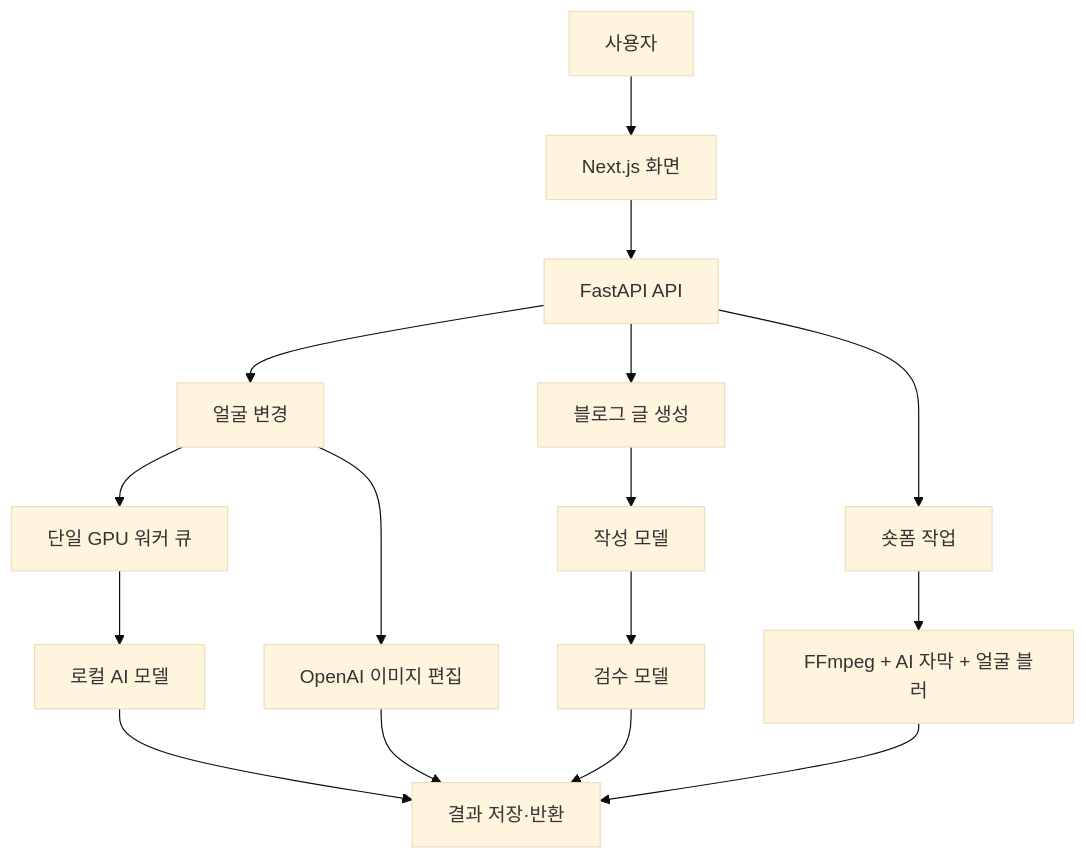
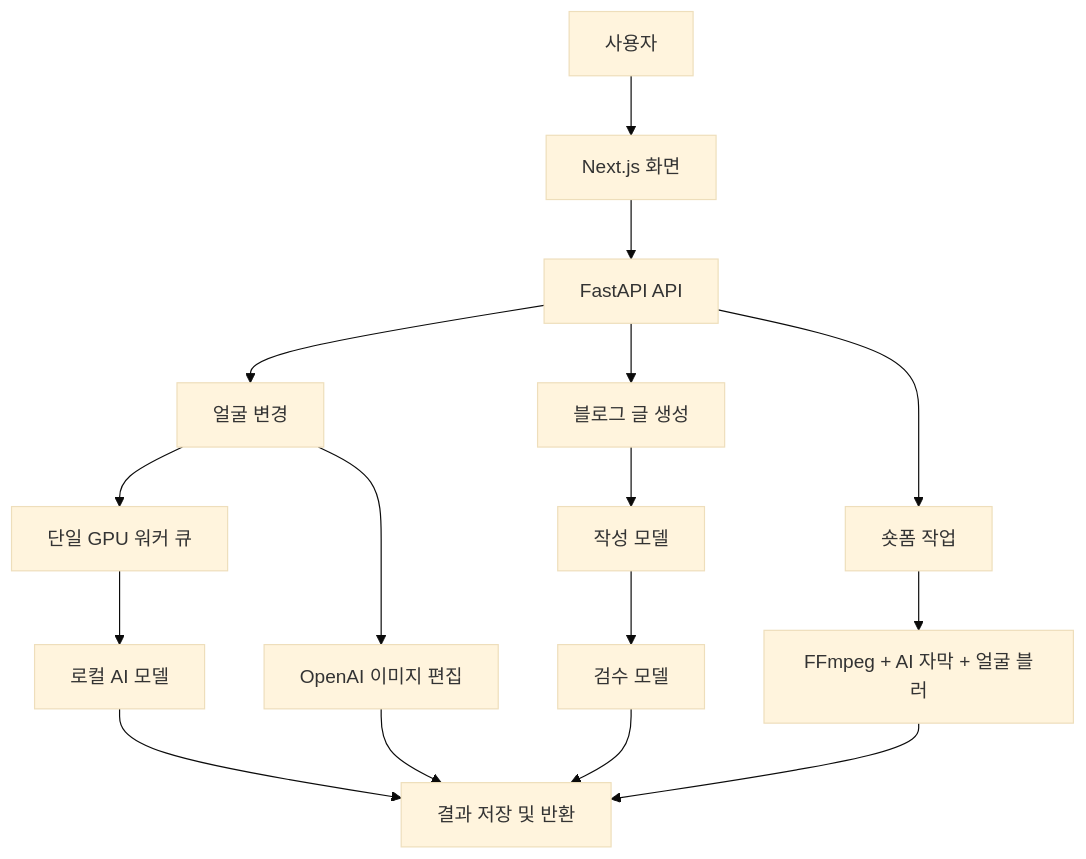
One commit to qja0707/SalonCutAI changed the diagram in README.md. Above: the diagram before and after it, drawn with Mermaid (base theme). The commit also changed other lines of this file and 3 other files, not shown here.

````diff
--- a/README.md
+++ b/README.md
@@ -64,22 +64,22 @@
 ```mermaid
 flowchart TD
     U[사용자] --> FE[Next.js 화면]
     FE --> API[FastAPI API]
 
     API --> FACE[얼굴 변경]
     FACE --> Q[단일 GPU 워커 큐]
     Q --> LOCAL[로컬 AI 모델]
     FACE --> GPT[OpenAI 이미지 편집]
 
     API --> BLOG[블로그 글 생성]
     BLOG --> WRITER[작성 모델]
     WRITER --> REVIEW[검수 모델]
 
     API --> SHORTS[숏폼 작업]
     SHORTS --> VIDEO[FFmpeg + AI 자막 + 얼굴 블러]
 
-    LOCAL --> RESULT[결과 저장·반환]
+    LOCAL --> RESULT[결과 저장 및 반환]
     GPT --> RESULT
     REVIEW --> RESULT
     VIDEO --> RESULT
 ```
````
